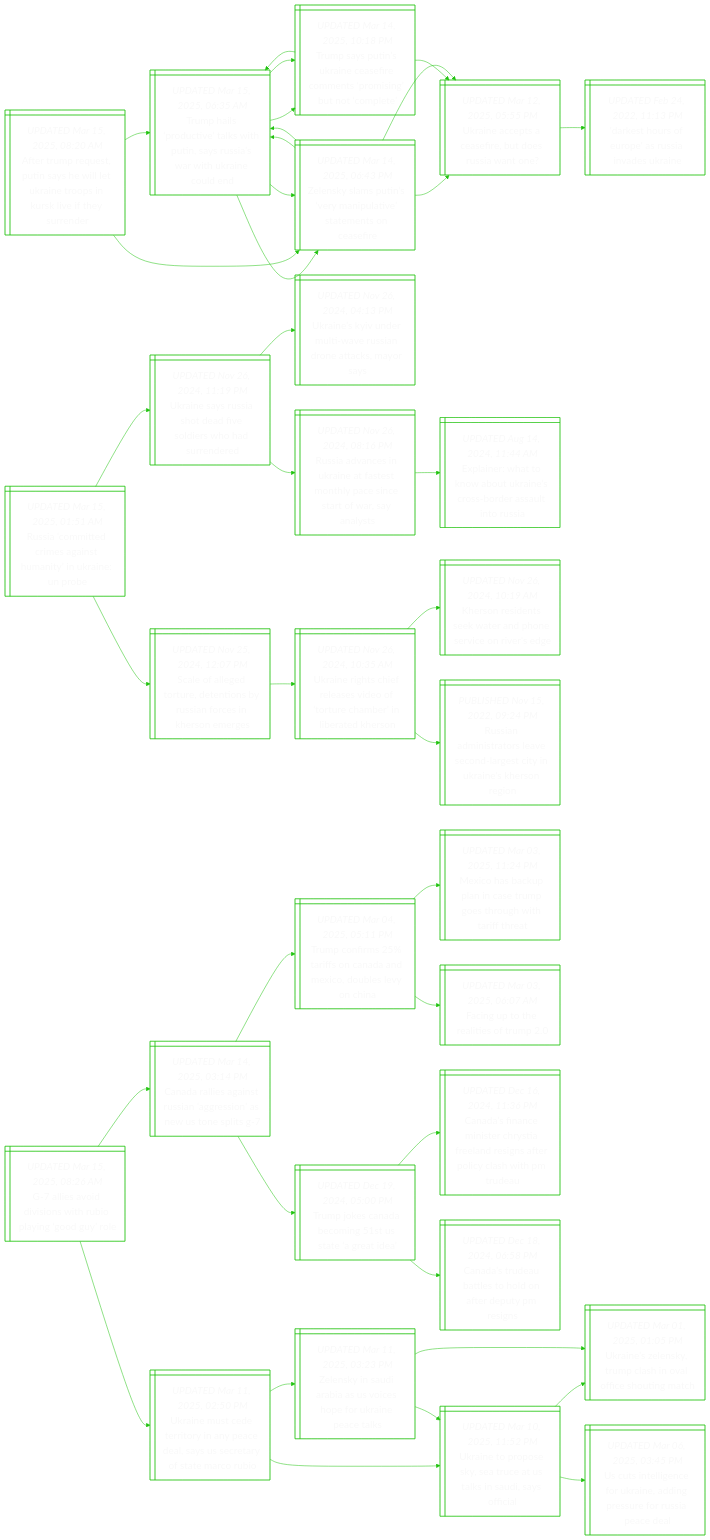
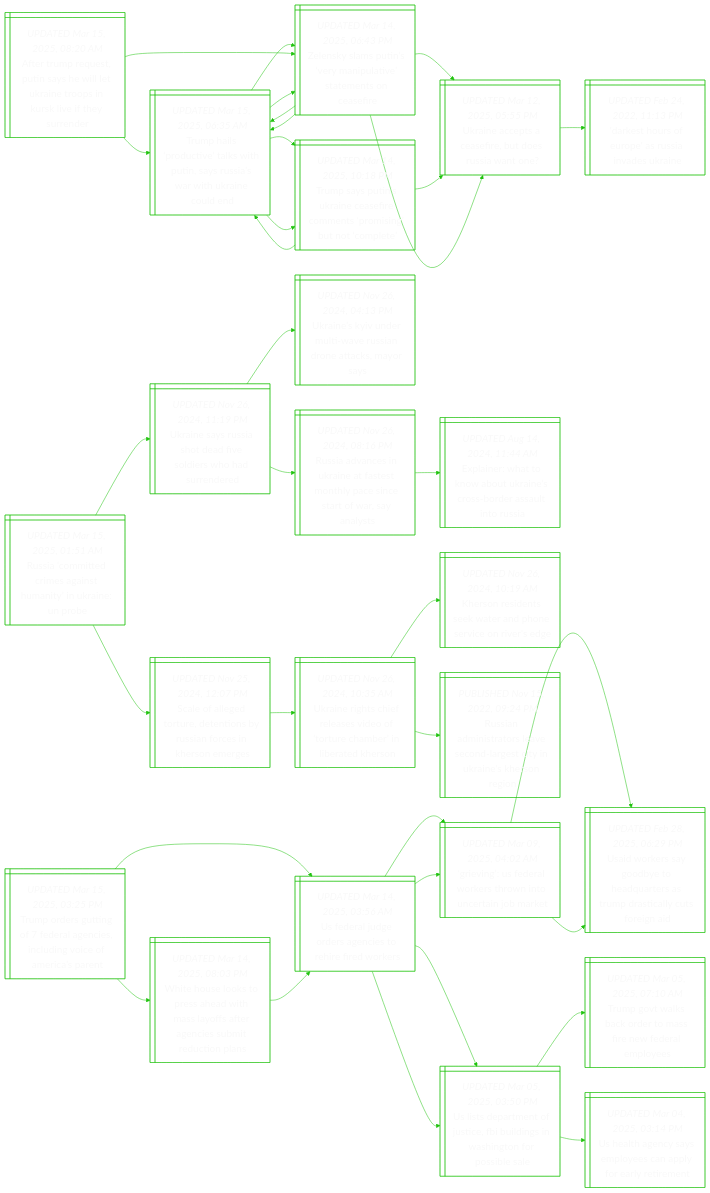
The diagram in README.md (notJmes/notJmes), drawn with Mermaid before and after one commit. The commit also changed other lines of this file, not shown here.

````diff
--- a/README.md
+++ b/README.md
@@ -87,50 +87,41 @@
 Unhilsorceite:::txtsize --> Koiswaoroeg:::txtsize
 Unhilsorceite:::txtsize --> RairsengiUnern:::txtsize
 
-GeiisRpndo@{ shape: win-pane, label: "_UPDATED Mar 15, 2025, 08:26 AM_
-G-7 allies avoid divisions with rubio playing ‘good guy’ role" }
-CaiaRaroeol@{ shape: win-pane, label: "_UPDATED Mar 14, 2025, 03:14 PM_
-Canada rallies against russian ‘aggression’ as new us tone splits g-7" }
-TcrroadcbeC@{ shape: win-pane, label: "_UPDATED Mar 04, 2025, 05:11 PM_
-Trump confirms 25% tariffs on canada and mexico, doubles levy on china" }
-MoapnTghhtfa@{ shape: win-pane, label: "_UPDATED Mar 03, 2025, 11:24 PM_
-Mexico has backup plan in case trump goes through with tariff threat" }
-Fgtaer@{ shape: win-pane, label: "_UPDATED Mar 03, 2025, 06:07 AM_
-Facing up to the realities of trump 2.0" }
-TjCamtard@{ shape: win-pane, label: "_UPDATED Dec 19, 2024, 05:00 PM_
-Trump jokes canada becoming 51st us state ‘a great idea’" }
-CaaieyFasapyhPd@{ shape: win-pane, label: "_UPDATED Dec 16, 2024, 11:36 PM_
-Canada’s finance minister chrystia freeland resigns after policy clash with pm trudeau" }
-CadaslfePi@{ shape: win-pane, label: "_UPDATED Dec 18, 2024, 06:58 PM_
-Canada’s trudeau battles to hold on after deputy pm resigns" }
-UntttneeyeaSMR@{ shape: win-pane, label: "_UPDATED Mar 11, 2025, 02:50 PM_
-Ukraine must cede territory in any peace deal, says us secretary of state marco rubio" }
-UnreecSsuyi@{ shape: win-pane, label: "_UPDATED Mar 10, 2025, 11:52 PM_
-Ukraine to propose sky, sea truce at us talks in saudi, says official" }
-Unlyphaiogh@{ shape: win-pane, label: "_UPDATED Mar 01, 2025, 01:05 PM_
-Ukraine’s zelensky, trump clash in oval office shouting match" }
-UslnridrrRae@{ shape: win-pane, label: "_UPDATED Mar 06, 2025, 03:45 PM_
-Us cuts intelligence for ukraine, adding pressure for russia peace deal" }
-ZsSAavsfrpt@{ shape: win-pane, label: "_UPDATED Mar 11, 2025, 03:23 PM_
-Zelensky in saudi arabia as us voices hope for ukraine peace talks" }
-UnreecSsuyi@{ shape: win-pane, label: "_UPDATED Mar 10, 2025, 11:52 PM_
-Ukraine to propose sky, sea truce at us talks in saudi, says official" }
-Unlyphaiogh@{ shape: win-pane, label: "_UPDATED Mar 01, 2025, 01:05 PM_
-Ukraine’s zelensky, trump clash in oval office shouting match" }
+Tosifanidofia@{ shape: win-pane, label: "_UPDATED Mar 15, 2025, 03:25 PM_
+Trump orders gutting of 7 federal agencies, including voice of america’s parent" }
+Ueurairede@{ shape: win-pane, label: "_UPDATED Mar 14, 2025, 03:56 AM_
+Us federal judge orders agencies to rehire fired workers" }
+Gifakhinabe@{ shape: win-pane, label: "_UPDATED Mar 09, 2025, 04:02 AM_
+‘grieving’: us federal workers thrown into uncertain job market" }
+Uwrgyeasuaaura@{ shape: win-pane, label: "_UPDATED Feb 28, 2025, 06:29 PM_
+Usaid workers say goodbye to headquarters as trump drastically cuts foreign aid" }
+Uwrgyeasuaaura@{ shape: win-pane, label: "_UPDATED Feb 28, 2025, 06:29 PM_
+Usaid workers say goodbye to headquarters as trump drastically cuts foreign aid" }
+UtanueunWnfse@{ shape: win-pane, label: "_UPDATED Mar 05, 2025, 03:50 PM_
+Us lists department of justice, fbi buildings in washington for possible sale" }
+Tgaadmiwrpe@{ shape: win-pane, label: "_UPDATED Mar 05, 2025, 07:10 AM_
+Trump govt walks back order to mass fire new federal employees" }
+Uleapeafrte@{ shape: win-pane, label: "_UPDATED Mar 04, 2025, 03:14 PM_
+Us health agency says employees can apply for early retirement" }
+WHltsahlfenstcp@{ shape: win-pane, label: "_UPDATED Mar 14, 2025, 08:03 PM_
+White house looks to press ahead with mass layoffs after agencies submit reduction plans" }
+Ueurairede@{ shape: win-pane, label: "_UPDATED Mar 14, 2025, 03:56 AM_
+Us federal judge orders agencies to rehire fired workers" }
+Gifakhinabe@{ shape: win-pane, label: "_UPDATED Mar 09, 2025, 04:02 AM_
+‘grieving’: us federal workers thrown into uncertain job market" }
+UtanueunWnfse@{ shape: win-pane, label: "_UPDATED Mar 05, 2025, 03:50 PM_
+Us lists department of justice, fbi buildings in washington for possible sale" }
 
-GeiisRpndo:::txtsize --> CaiaRaroeol:::txtsize
-CaiaRaroeol:::txtsize --> TcrroadcbeC:::txtsize
-TcrroadcbeC:::txtsize --> MoapnTghhtfa:::txtsize
-TcrroadcbeC:::txtsize --> Fgtaer:::txtsize
-CaiaRaroeol:::txtsize --> TjCamtard:::txtsize
-TjCamtard:::txtsize --> CaaieyFasapyhPd:::txtsize
-TjCamtard:::txtsize --> CadaslfePi:::txtsize
-GeiisRpndo:::txtsize --> UntttneeyeaSMR:::txtsize
-UntttneeyeaSMR:::txtsize --> UnreecSsuyi:::txtsize
-UnreecSsuyi:::txtsize --> Unlyphaiogh:::txtsize
-UnreecSsuyi:::txtsize --> UslnridrrRae:::txtsize
-UntttneeyeaSMR:::txtsize --> ZsSAavsfrpt:::txtsize
-ZsSAavsfrpt:::txtsize --> UnreecSsuyi:::txtsize
-ZsSAavsfrpt:::txtsize --> Unlyphaiogh:::txtsize
+Tosifanidofia:::txtsize --> Ueurairede:::txtsize
+Ueurairede:::txtsize --> Gifakhinabe:::txtsize
+Gifakhinabe:::txtsize --> Uwrgyeasuaaura:::txtsize
+Gifakhinabe:::txtsize --> Uwrgyeasuaaura:::txtsize
+Ueurairede:::txtsize --> UtanueunWnfse:::txtsize
+UtanueunWnfse:::txtsize --> Tgaadmiwrpe:::txtsize
+UtanueunWnfse:::txtsize --> Uleapeafrte:::txtsize
+Tosifanidofia:::txtsize --> WHltsahlfenstcp:::txtsize
+WHltsahlfenstcp:::txtsize --> Ueurairede:::txtsize
+Ueurairede:::txtsize --> Gifakhinabe:::txtsize
+Ueurairede:::txtsize --> UtanueunWnfse:::txtsize
 
 ```
````
